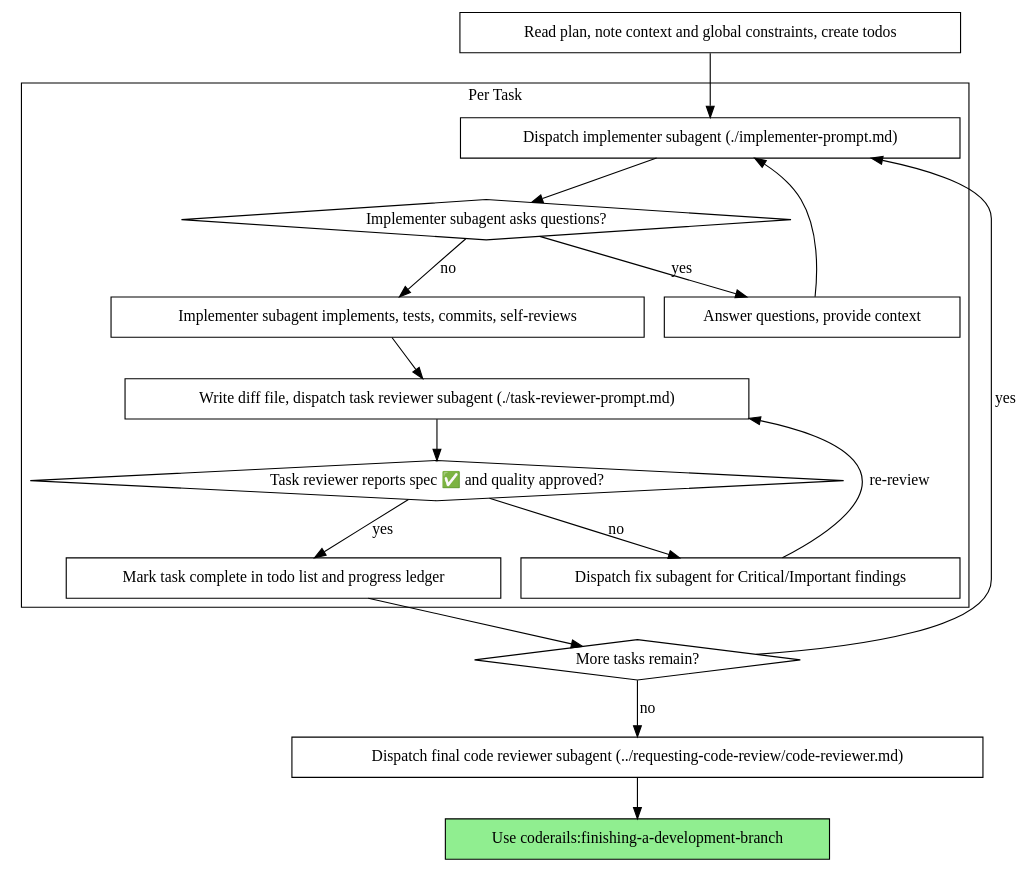
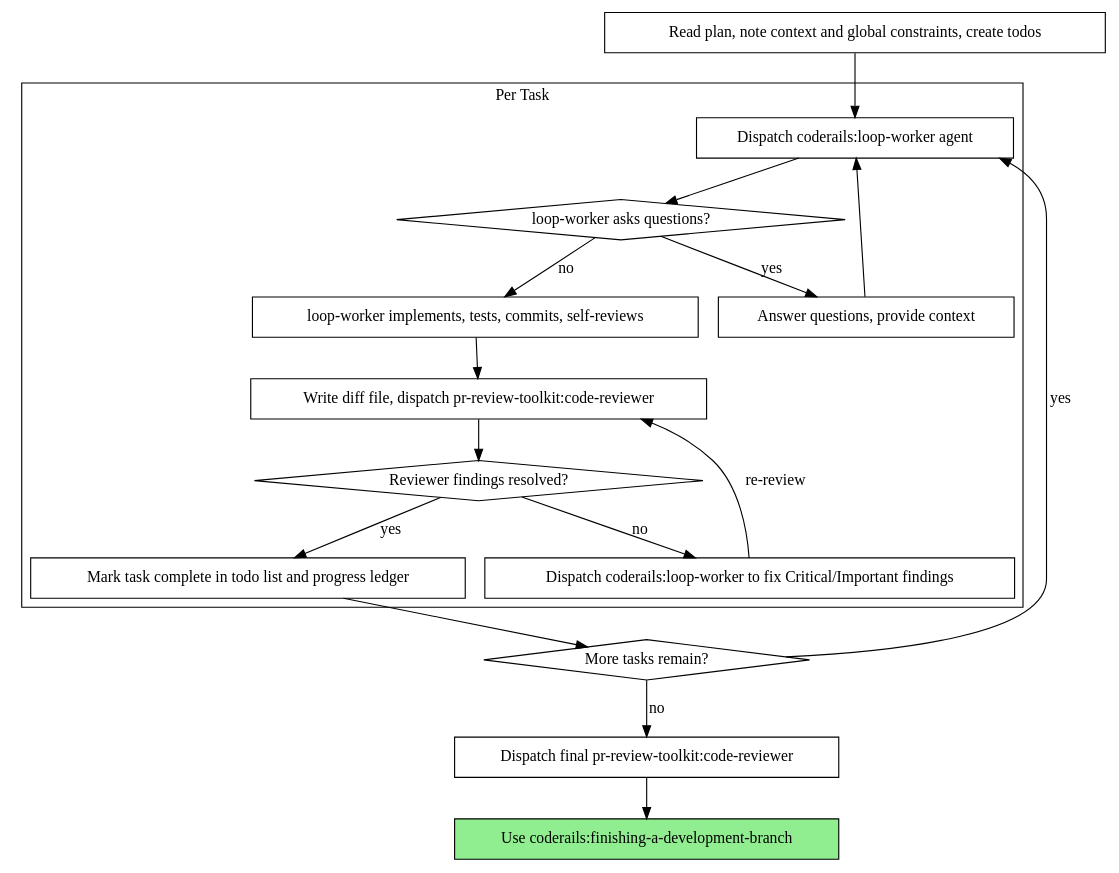
One commit to blueman82/coderails changed the second of 2 diagrams in skills/subagent-driven-development/SKILL.md. Above: the diagram before and after it, drawn with Graphviz. The commit also changed other lines of this file and 29 other files, not shown here.

````diff
--- a/skills/subagent-driven-development/SKILL.md
+++ b/skills/subagent-driven-development/SKILL.md
@@ -47,37 +47,37 @@
 ```dot
 digraph process {
     rankdir=TB;
 
     subgraph cluster_per_task {
         label="Per Task";
-        "Dispatch implementer subagent (./implementer-prompt.md)" [shape=box];
-        "Implementer subagent asks questions?" [shape=diamond];
+        "Dispatch coderails:loop-worker agent" [shape=box];
+        "loop-worker asks questions?" [shape=diamond];
         "Answer questions, provide context" [shape=box];
-        "Implementer subagent implements, tests, commits, self-reviews" [shape=box];
-        "Write diff file, dispatch task reviewer subagent (./task-reviewer-prompt.md)" [shape=box];
-        "Task reviewer reports spec ✅ and quality approved?" [shape=diamond];
-        "Dispatch fix subagent for Critical/Important findings" [shape=box];
+        "loop-worker implements, tests, commits, self-reviews" [shape=box];
+        "Write diff file, dispatch pr-review-toolkit:code-reviewer" [shape=box];
+        "Reviewer findings resolved?" [shape=diamond];
+        "Dispatch coderails:loop-worker to fix Critical/Important findings" [shape=box];
         "Mark task complete in todo list and progress ledger" [shape=box];
     }
 
     "Read plan, note context and global constraints, create todos" [shape=box];
     "More tasks remain?" [shape=diamond];
-    "Dispatch final code reviewer subagent (../requesting-code-review/code-reviewer.md)" [shape=box];
+    "Dispatch final pr-review-toolkit:code-reviewer" [shape=box];
     "Use coderails:finishing-a-development-branch" [shape=box style=filled fillcolor=lightgreen];
 
-    "Read plan, note context and global constraints, create todos" -> "Dispatch implementer subagent (./implementer-prompt.md)";
-    "Dispatch implementer subagent (./implementer-prompt.md)" -> "Implementer subagent asks questions?";
-    "Implementer subagent asks questions?" -> "Answer questions, provide context" [label="yes"];
-    "Answer questions, provide context" -> "Dispatch implementer subagent (./implementer-prompt.md)";
-    "Implementer subagent asks questions?" -> "Implementer subagent implements, tests, commits, self-reviews" [label="no"];
-    "Implementer subagent implements, tests, commits, self-reviews" -> "Write diff file, dispatch task reviewer subagent (./task-reviewer-prompt.md)";
-    "Write diff file, dispatch task reviewer subagent (./task-reviewer-prompt.md)" -> "Task reviewer reports spec ✅ and quality approved?";
-    "Task reviewer reports spec ✅ and quality approved?" -> "Dispatch fix subagent for Critical/Important findings" [label="no"];
-    "Dispatch fix subagent for Critical/Important findings" -> "Write diff file, dispatch task reviewer subagent (./task-reviewer-prompt.md)" [label="re-review"];
-    "Task reviewer reports spec ✅ and quality approved?" -> "Mark task complete in todo list and progress ledger" [label="yes"];
+    "Read plan, note context and global constraints, create todos" -> "Dispatch coderails:loop-worker agent";
+    "Dispatch coderails:loop-worker agent" -> "loop-worker asks questions?";
+    "loop-worker asks questions?" -> "Answer questions, provide context" [label="yes"];
+    "Answer questions, provide context" -> "Dispatch coderails:loop-worker agent";
+    "loop-worker asks questions?" -> "loop-worker implements, tests, commits, self-reviews" [label="no"];
+    "loop-worker implements, tests, commits, self-reviews" -> "Write diff file, dispatch pr-review-toolkit:code-reviewer";
+    "Write diff file, dispatch pr-review-toolkit:code-reviewer" -> "Reviewer findings resolved?";
+    "Reviewer findings resolved?" -> "Dispatch coderails:loop-worker to fix Critical/Important findings" [label="no"];
+    "Dispatch coderails:loop-worker to fix Critical/Important findings" -> "Write diff file, dispatch pr-review-toolkit:code-reviewer" [label="re-review"];
+    "Reviewer findings resolved?" -> "Mark task complete in todo list and progress ledger" [label="yes"];
     "Mark task complete in todo list and progress ledger" -> "More tasks remain?";
-    "More tasks remain?" -> "Dispatch implementer subagent (./implementer-prompt.md)" [label="yes"];
-    "More tasks remain?" -> "Dispatch final code reviewer subagent (../requesting-code-review/code-reviewer.md)" [label="no"];
-    "Dispatch final code reviewer subagent (../requesting-code-review/code-reviewer.md)" -> "Use coderails:finishing-a-development-branch";
+    "More tasks remain?" -> "Dispatch coderails:loop-worker agent" [label="yes"];
+    "More tasks remain?" -> "Dispatch final pr-review-toolkit:code-reviewer" [label="no"];
+    "Dispatch final pr-review-toolkit:code-reviewer" -> "Use coderails:finishing-a-development-branch";
 }
 ```
````
